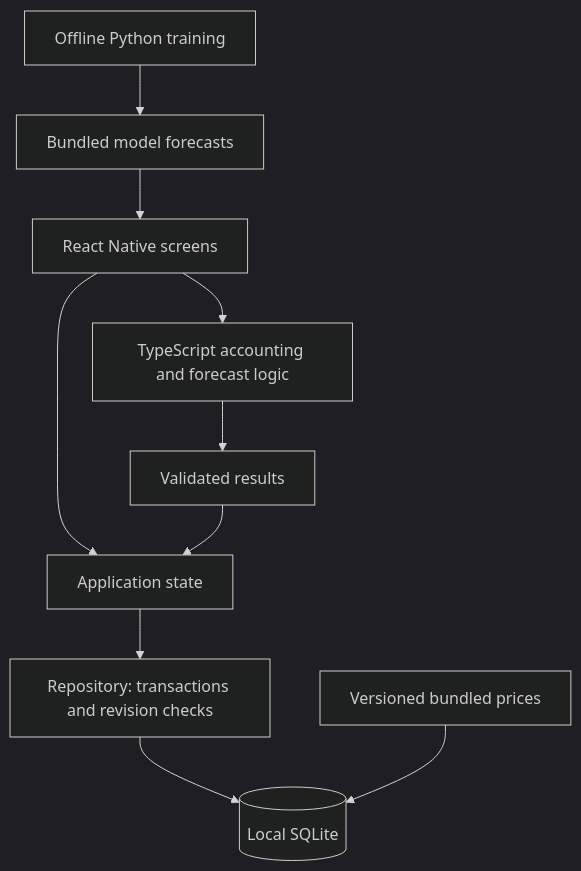
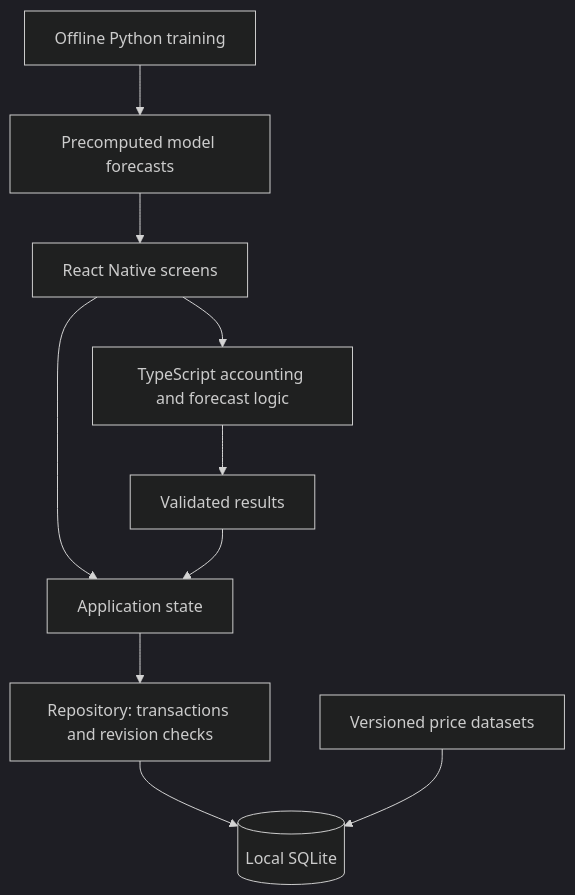
One commit to willsu42/TrySE-Stock-Learning changed the diagram in README.md. Above: the diagram before and after it, drawn with Mermaid (dark theme). The commit also changed other lines of this file, not shown here.

````diff
--- a/README.md
+++ b/README.md
@@ -65,12 +80,12 @@
 ```mermaid
 flowchart TD
     UI[React Native screens] --> Domain[TypeScript accounting and forecast logic]
     UI --> Store[Application state]
     Domain --> Result[Validated results]
     Result --> Store
     Store --> Repo[Repository: transactions and revision checks]
     Repo --> DB[(Local SQLite)]
-    Fixtures[Versioned bundled prices] --> DB
-    Python[Offline Python training] --> Forecasts[Bundled model forecasts]
+    Fixtures[Versioned price datasets] --> DB
+    Python[Offline Python training] --> Forecasts[Precomputed model forecasts]
     Forecasts --> UI
 ```
````
